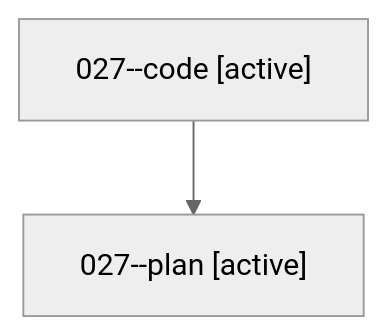
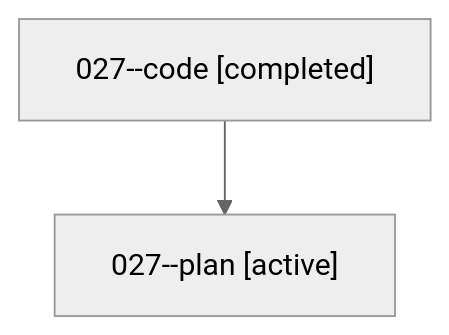
The diagram in families/bbugyi200.athena.027.md (sase-org/sase--agents), drawn with Mermaid (neutral theme) before and after one commit. The commit also changed other lines of this file and 35830 other files, not shown here.

````diff
--- a/families/bbugyi200.athena.027.md
+++ b/families/bbugyi200.athena.027.md
@@ -9,6 +9,6 @@
 ```mermaid
 flowchart TD
-  n0["027--code [active]"]
+  n0["027--code [completed]"]
   n1["027--plan [active]"]
   n0 --> n1
 ```
````
